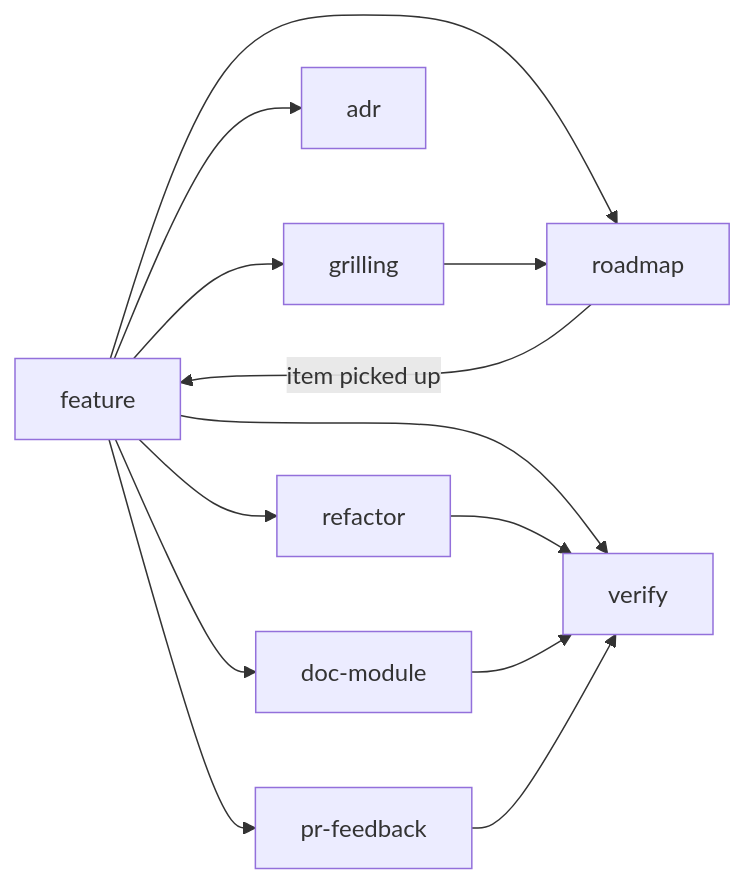
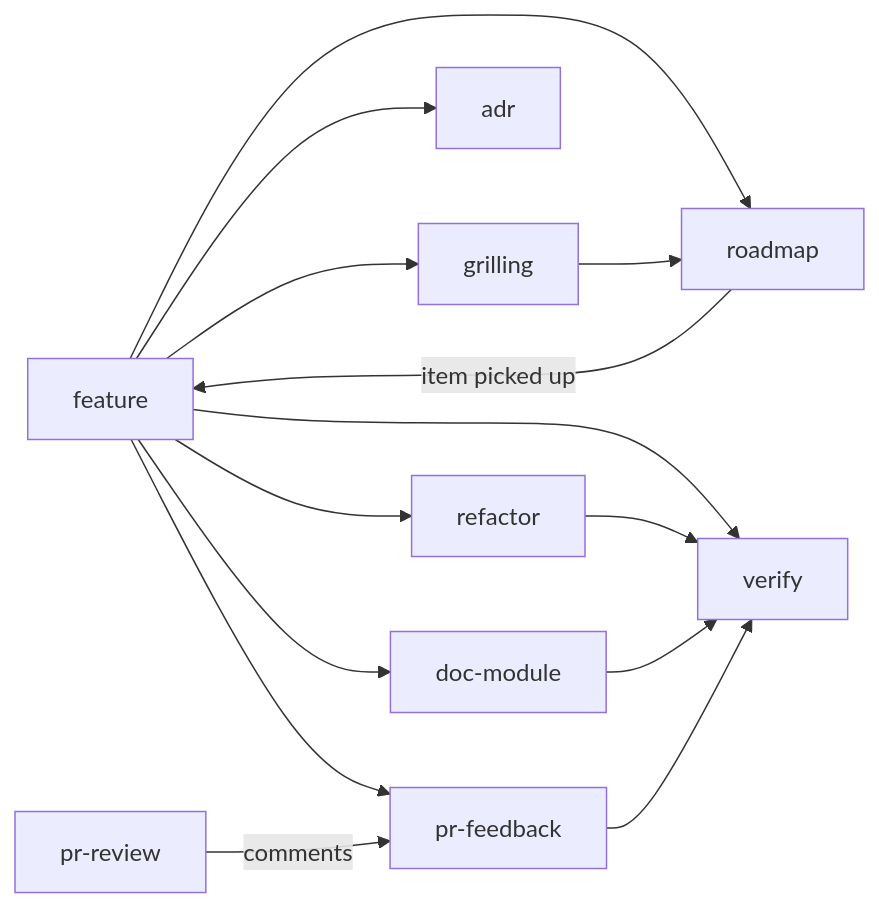
One commit to SMB-M87/Kinetra changed the diagram in .agents/skills/README.md. Above: the diagram before and after it, drawn with Mermaid. The commit also changed other lines of this file and 11 other files, not shown here.

````diff
--- a/.agents/skills/README.md
+++ b/.agents/skills/README.md
@@ -33,15 +34,16 @@
 ```mermaid
 flowchart LR
     F[feature] --> G[grilling]
     F --> A[adr]
     F --> R[refactor]
     F --> V[verify]
     F --> D[doc-module]
     R --> V
     D --> V
     F --> P[pr-feedback]
     P --> V
+    PR[pr-review] -->|comments| P
     F --> RM[roadmap]
     G --> RM
     RM -->|item picked up| F
 ```
````
